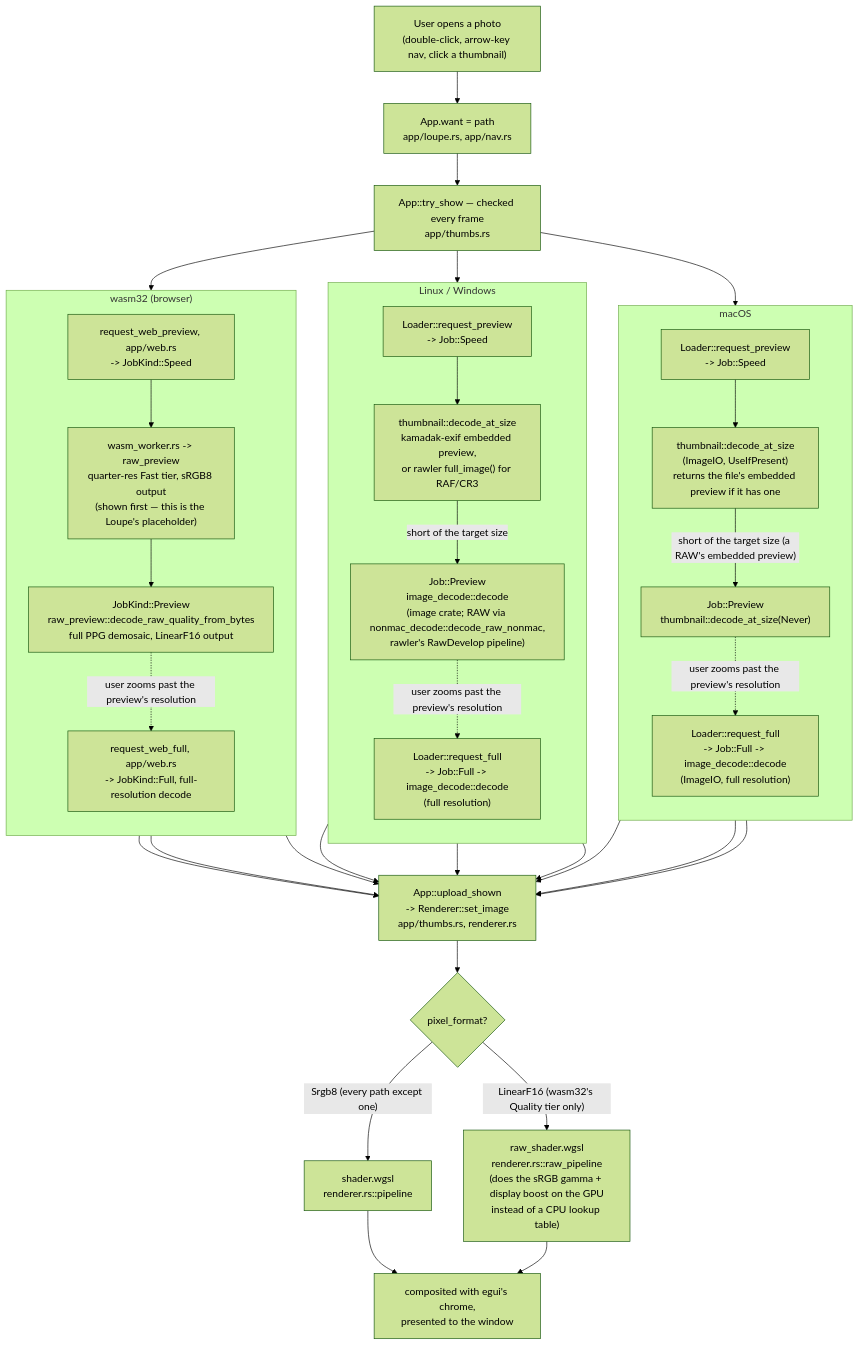
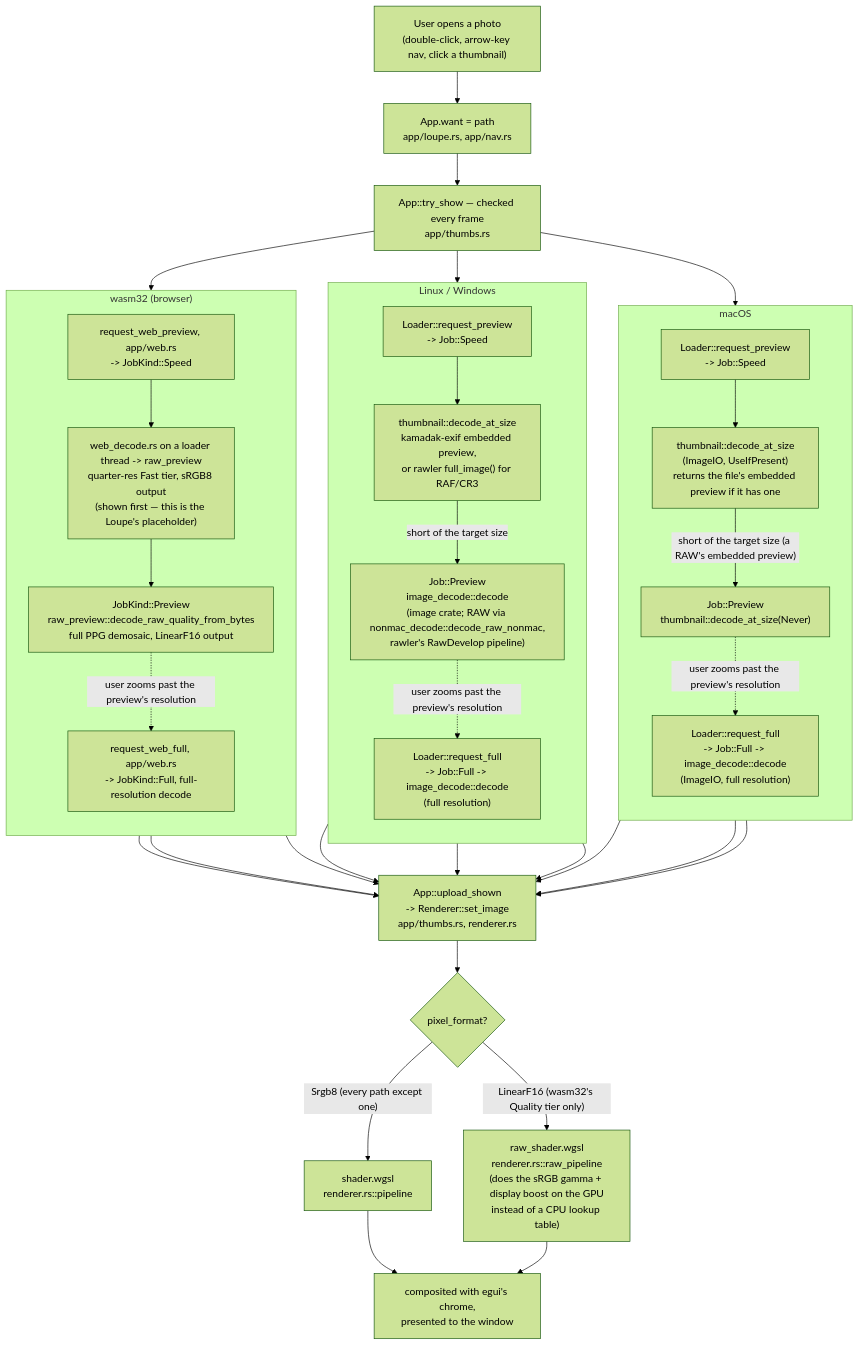
One commit to andrewyao/lightphotos changed the first of 4 diagrams in ARCHITECTURE.md. Above: the diagram before and after it, drawn with Mermaid (forest theme). The commit also changed other lines of this file and 29 other files, not shown here.

````diff
--- a/ARCHITECTURE.md
+++ b/ARCHITECTURE.md
@@ -53,47 +55,47 @@
 ```mermaid
 flowchart TD
     open["User opens a photo\n(double-click, arrow-key nav, click a thumbnail)"]
     open --> want["App.want = path\napp/loupe.rs, app/nav.rs"]
     want --> tryshow["App::try_show — checked every frame\napp/thumbs.rs"]
 
     subgraph mac["macOS"]
         direction TB
         mq["Loader::request_preview\n-> Job::Speed"] --> mqd["thumbnail::decode_at_size\n(ImageIO, UseIfPresent)\nreturns the file's embedded preview if it has one"]
         mqd -- "short of the target size (a RAW's embedded preview)" --> mp["Job::Preview\nthumbnail::decode_at_size(Never)"]
         mp -.->|user zooms past the preview's resolution| mf["Loader::request_full\n-> Job::Full -> image_decode::decode\n(ImageIO, full resolution)"]
     end
 
     subgraph other["Linux / Windows"]
         direction TB
         lq["Loader::request_preview\n-> Job::Speed"] --> lqd["thumbnail::decode_at_size\nkamadak-exif embedded preview,\nor rawler full_image() for RAF/CR3"]
         lqd -- "short of the target size" --> lp["Job::Preview\nimage_decode::decode\n(image crate; RAW via nonmac_decode::decode_raw_nonmac,\nrawler's RawDevelop pipeline)"]
         lp -.->|user zooms past the preview's resolution| lf["Loader::request_full\n-> Job::Full -> image_decode::decode\n(full resolution)"]
     end
 
     subgraph web["wasm32 (browser)"]
         direction TB
-        wt["request_web_preview, app/web.rs\n-> JobKind::Speed"] --> wtd["wasm_worker.rs -> raw_preview\nquarter-res Fast tier, sRGB8 output\n(shown first — this is the Loupe's placeholder)"]
+        wt["request_web_preview, app/web.rs\n-> JobKind::Speed"] --> wtd["web_decode.rs on a loader thread -> raw_preview\nquarter-res Fast tier, sRGB8 output\n(shown first — this is the Loupe's placeholder)"]
         wtd --> wp["JobKind::Preview\nraw_preview::decode_raw_quality_from_bytes\nfull PPG demosaic, LinearF16 output"]
         wp -.->|user zooms past the preview's resolution| wf["request_web_full, app/web.rs\n-> JobKind::Full, full-resolution decode"]
     end
 
     tryshow --> mq
     tryshow --> lq
     tryshow --> wt
 
     mqd --> upload["App::upload_shown\n-> Renderer::set_image\napp/thumbs.rs, renderer.rs"]
     mp --> upload
     mf --> upload
     lqd --> upload
     lp --> upload
     lf --> upload
     wtd --> upload
     wp --> upload
     wf --> upload
 
     upload --> gpu{"pixel_format?"}
     gpu -- "Srgb8 (every path except one)" --> shader["shader.wgsl\nrenderer.rs::pipeline"]
     gpu -- "LinearF16 (wasm32's Quality tier only)" --> rawshader["raw_shader.wgsl\nrenderer.rs::raw_pipeline\n(does the sRGB gamma + display boost on the GPU\ninstead of a CPU lookup table)"]
     shader --> screen["composited with egui's chrome,\npresented to the window"]
     rawshader --> screen
 ```
````
